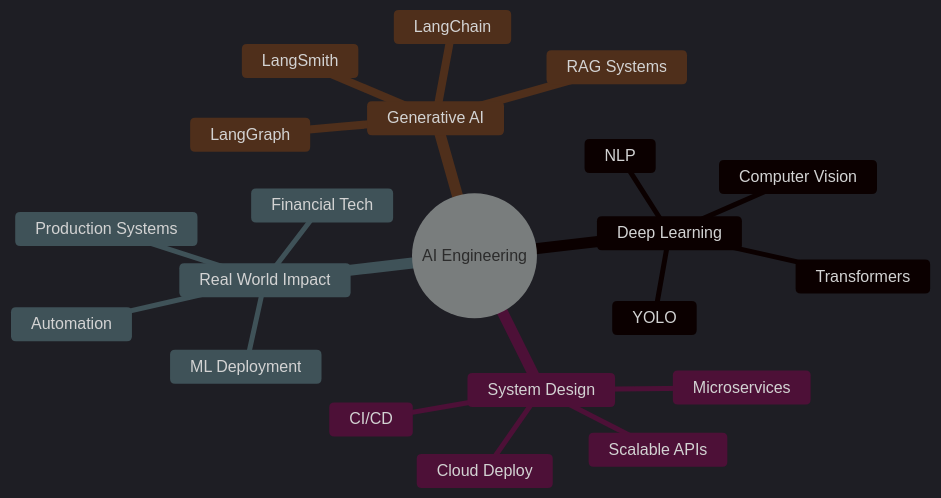
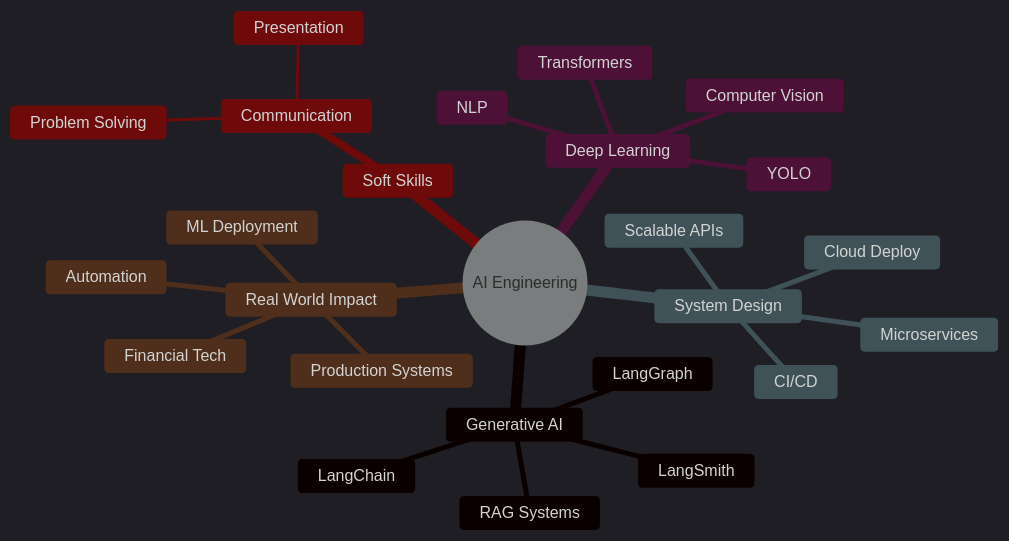
One commit to akshaykumar0034/akshaykumar0034 changed the diagram in README.md. Above: the diagram before and after it, drawn with Mermaid.

Commit message:
Add soft skills section to README
Added soft skills section with communication, presentation, and problem-solving.

````diff
--- a/README.md
+++ b/README.md
@@ -128,26 +128,29 @@
 ```mermaid
 %%{init: {'theme':'dark'}}%%
 mindmap
   root((AI Engineering))
-
+    Generative AI
+      LangGraph
+      LangChain
+      LangSmith
+      RAG Systems
     Deep Learning
       YOLO
       Computer Vision
       NLP
       Transformers
     System Design
       Scalable APIs
       Microservices
       Cloud Deploy
       CI/CD
     Real World Impact
       Financial Tech
       Automation
       Production Systems
       ML Deployment
-   Generative AI
-      LangGraph
-      LangChain
-      LangSmith
-      RAG Systems
+   Soft Skills
+       Communication
+        Presentation
+        Problem Solving
 ```
````
